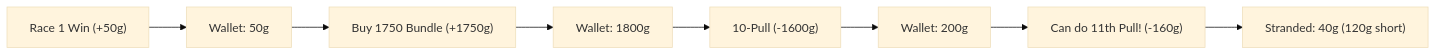
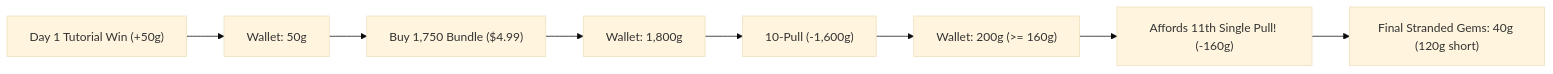
The diagram in reports/development/plan-17-down-exchange-and-wallet-validation/proposal.md (mrsmithelhs/Quackpot), drawn with Mermaid (base theme) before and after one commit. The commit also changed other lines of this file and 5 other files, not shown here.

````diff
--- a/reports/development/plan-17-down-exchange-and-wallet-validation/proposal.md
+++ b/reports/development/plan-17-down-exchange-and-wallet-validation/proposal.md
@@ -262,10 +182,10 @@
 ```mermaid
 flowchart LR
-    A["Race 1 Win (+50g)"] --> B["Wallet: 50g"]
-    B --> C["Buy 1750 Bundle (+1750g)"]
-    C --> D["Wallet: 1800g"]
-    D --> E["10-Pull (-1600g)"]
-    E --> F["Wallet: 200g"]
-    F --> G["Can do 11th Pull! (-160g)"]
-    G --> H["Stranded: 40g (120g short)"]
+    A["Day 1 Tutorial Win (+50g)"] --> B["Wallet: 50g"]
+    B --> C["Buy 1,750 Bundle ($4.99)"]
+    C --> D["Wallet: 1,800g"]
+    D --> E["10-Pull (-1,600g)"]
+    E --> F["Wallet: 200g (>= 160g)"]
+    F --> G["Affords 11th Single Pull! (-160g)"]
+    G --> H["Final Stranded Gems: 40g (120g short)"]
 ```
````
